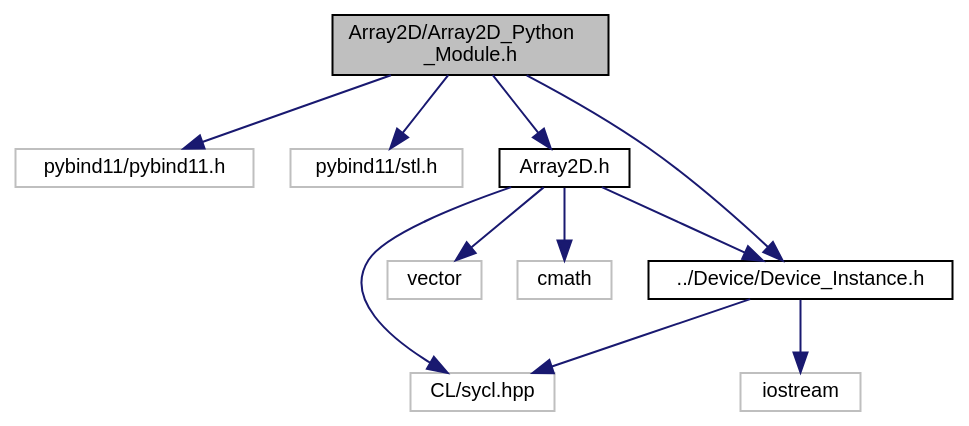
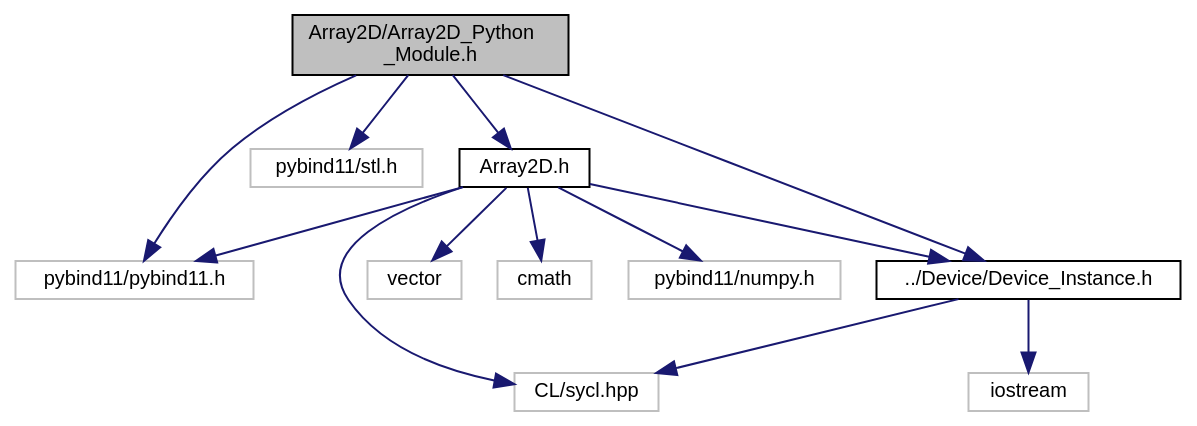
One commit to OsmanAEG/PySYCL changed the diagram in docs/PySYCL_doxygen_html/_array2_d___python___module_8h__incl.dot. Above: the diagram before and after it, drawn with Graphviz. The commit also changed 147 other files, not shown here.

```diff
--- a/docs/PySYCL_doxygen_html/_array2_d___python___module_8h__incl.dot
+++ b/docs/PySYCL_doxygen_html/_array2_d___python___module_8h__incl.dot
@@ -1,27 +1,30 @@
 digraph "Array2D/Array2D_Python_Module.h"
 {
  // INTERACTIVE_SVG=YES
  // LATEX_PDF_SIZE
   bgcolor="transparent";
   edge [fontname="Helvetica",fontsize="10",labelfontname="Helvetica",labelfontsize="10"];
   node [fontname="Helvetica",fontsize="10",shape=record];
   Node1 [label="Array2D/Array2D_Python\l_Module.h",height=0.2,width=0.4,color="black", fillcolor="grey75", style="filled", fontcolor="black",tooltip="Python module for an array_2d object in PySYCL."];
   Node1 -> Node2 [color="midnightblue",fontsize="10",style="solid",fontname="Helvetica"];
   Node2 [label="pybind11/pybind11.h",height=0.2,width=0.4,color="grey75",tooltip=" "];
   Node1 -> Node3 [color="midnightblue",fontsize="10",style="solid",fontname="Helvetica"];
   Node3 [label="pybind11/stl.h",height=0.2,width=0.4,color="grey75",tooltip=" "];
   Node1 -> Node4 [color="midnightblue",fontsize="10",style="solid",fontname="Helvetica"];
-  Node4 [label="Array2D.h",height=0.2,width=0.4,color="black",URL="$_array2_d_8h.html",tooltip="Array2D in PySYCL. This is the shared version of the Array2D class. It is used when the user wants to..."];
+  Node4 [label="Array2D.h",height=0.2,width=0.4,color="black",URL="$_array2_d_8h.html",tooltip="Array2D in PySYCL."];
   Node4 -> Node5 [color="midnightblue",fontsize="10",style="solid",fontname="Helvetica"];
   Node5 [label="CL/sycl.hpp",height=0.2,width=0.4,color="grey75",tooltip=" "];
   Node4 -> Node6 [color="midnightblue",fontsize="10",style="solid",fontname="Helvetica"];
   Node6 [label="vector",height=0.2,width=0.4,color="grey75",tooltip=" "];
   Node4 -> Node7 [color="midnightblue",fontsize="10",style="solid",fontname="Helvetica"];
   Node7 [label="cmath",height=0.2,width=0.4,color="grey75",tooltip=" "];
+  Node4 -> Node2 [color="midnightblue",fontsize="10",style="solid",fontname="Helvetica"];
   Node4 -> Node8 [color="midnightblue",fontsize="10",style="solid",fontname="Helvetica"];
-  Node8 [label="../Device/Device_Instance.h",height=0.2,width=0.4,color="black",URL="$_device___instance_8h.html",tooltip="Device instance for device selection in PySYCL."];
-  Node8 -> Node9 [color="midnightblue",fontsize="10",style="solid",fontname="Helvetica"];
-  Node9 [label="iostream",height=0.2,width=0.4,color="grey75",tooltip=" "];
-  Node8 -> Node5 [color="midnightblue",fontsize="10",style="solid",fontname="Helvetica"];
-  Node1 -> Node8 [color="midnightblue",fontsize="10",style="solid",fontname="Helvetica"];
+  Node8 [label="pybind11/numpy.h",height=0.2,width=0.4,color="grey75",tooltip=" "];
+  Node4 -> Node9 [color="midnightblue",fontsize="10",style="solid",fontname="Helvetica"];
+  Node9 [label="../Device/Device_Instance.h",height=0.2,width=0.4,color="black",URL="$_device___instance_8h.html",tooltip="Device instance for device selection in PySYCL."];
+  Node9 -> Node10 [color="midnightblue",fontsize="10",style="solid",fontname="Helvetica"];
+  Node10 [label="iostream",height=0.2,width=0.4,color="grey75",tooltip=" "];
+  Node9 -> Node5 [color="midnightblue",fontsize="10",style="solid",fontname="Helvetica"];
+  Node1 -> Node9 [color="midnightblue",fontsize="10",style="solid",fontname="Helvetica"];
 }
```
